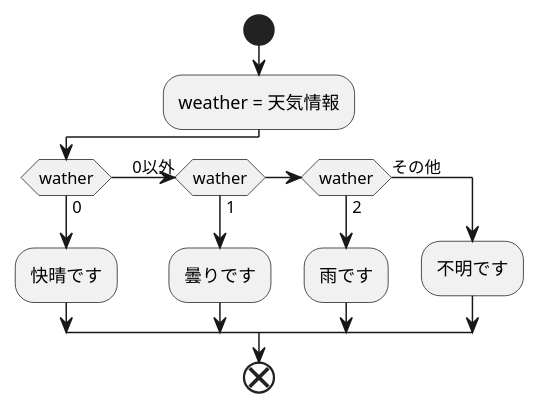
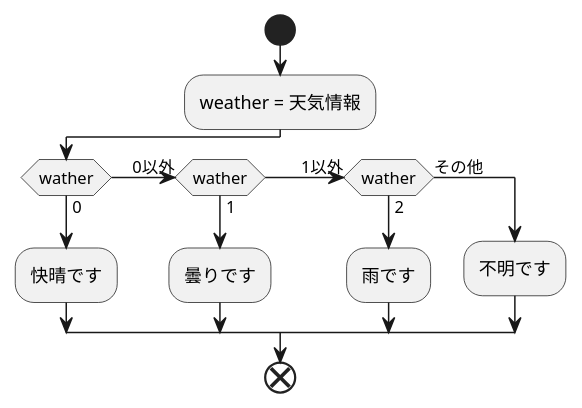
One commit to Aso2001413/2021sys-design changed the diagram in kadai4.md. Above: the diagram before and after it, drawn with PlantUML.

````diff
--- a/kadai4.md
+++ b/kadai4.md
@@ -1,19 +1,19 @@
 ```uml
 @startuml
 start
 
 :weather = 天気情報;
 
 if(wather)then(0)
 :快晴です;
 (0以外)elseif(wather)then(1)
 :曇りです;
-elseif(wather)then(2)
+(1以外)elseif(wather)then(2)
 :雨です;
 else(その他)
 :不明です;
 endif
 
 end
 @enduml
 ```
````
